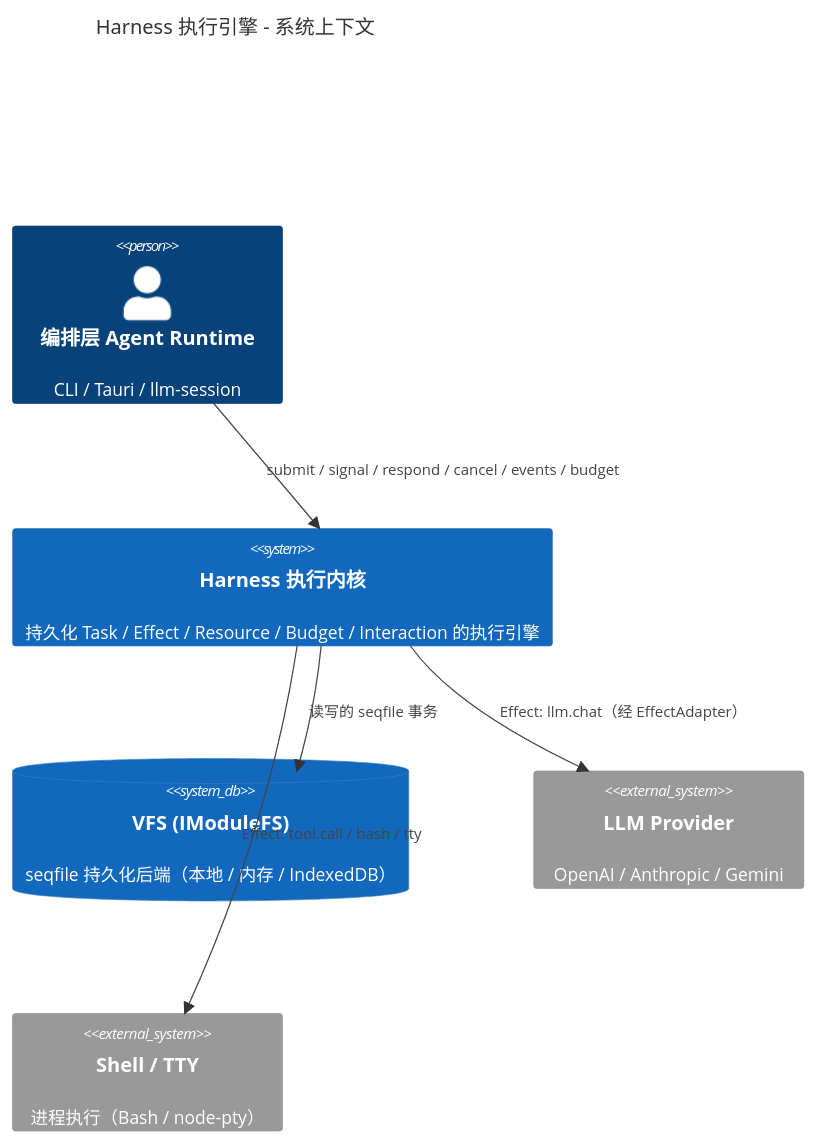
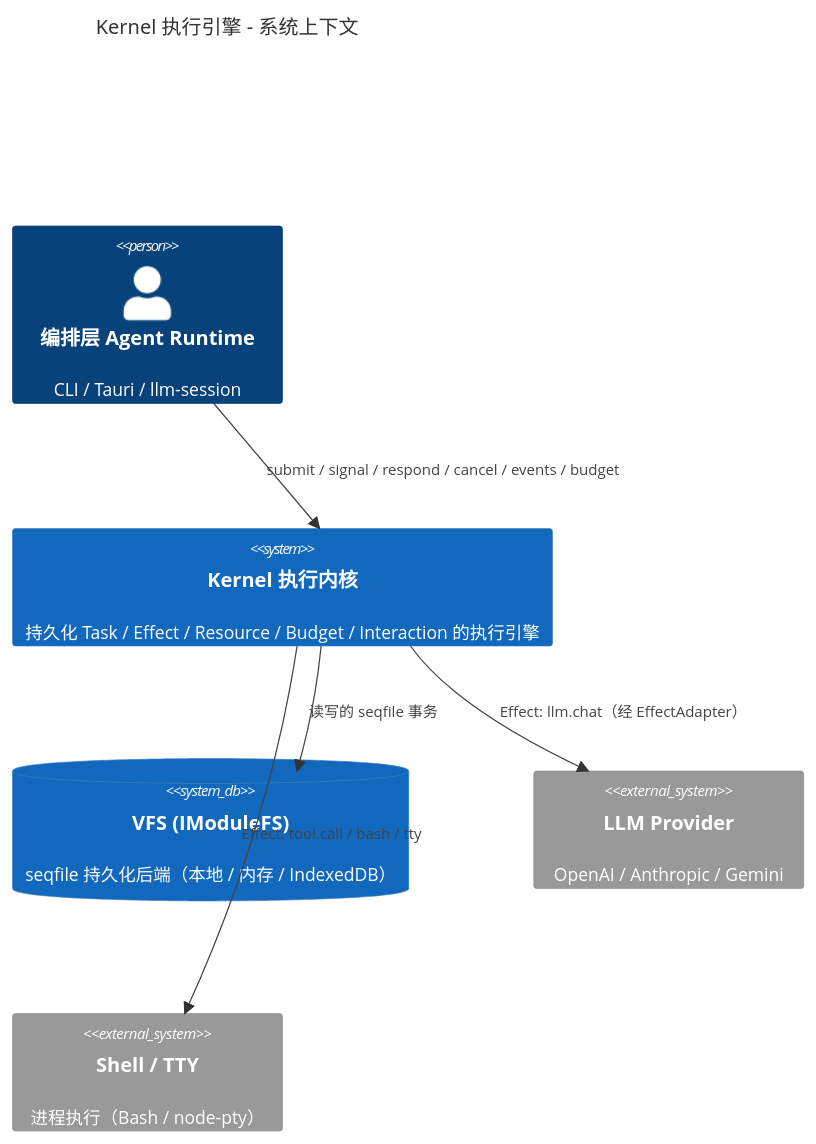
One commit to mushuanli/itookit changed the first of 6 diagrams in doc/feat/harness-review.md. Above: the diagram before and after it, drawn with Mermaid. The commit also changed other lines of this file and 474 other files, not shown here.

````diff
--- a/doc/feat/harness-review.md
+++ b/doc/feat/harness-review.md
@@ -36,13 +36,13 @@
 ```mermaid
 C4Context
-    title Harness 执行引擎 - 系统上下文
+    title Kernel 执行引擎 - 系统上下文
     Person(host, "编排层 Agent Runtime", "CLI / Tauri / llm-session")
-    System(harness, "Harness 执行内核", "持久化 Task / Effect / Resource / Budget / Interaction 的执行引擎")
+    System(kernel, "Kernel 执行内核", "持久化 Task / Effect / Resource / Budget / Interaction 的执行引擎")
     SystemDb(vfs, "VFS (IModuleFS)", "seqfile 持久化后端（本地 / 内存 / IndexedDB）")
     System_Ext(llm, "LLM Provider", "OpenAI / Anthropic / Gemini")
     System_Ext(shell, "Shell / TTY", "进程执行（Bash / node-pty）")
-    Rel(host, harness, "submit / signal / respond / cancel / events / budget")
-    Rel(harness, vfs, "读写的 seqfile 事务")
-    Rel(harness, llm, "Effect: llm.chat（经 EffectAdapter）")
-    Rel(harness, shell, "Effect: tool.call / bash / tty")
+    Rel(host, kernel, "submit / signal / respond / cancel / events / budget")
+    Rel(kernel, vfs, "读写的 seqfile 事务")
+    Rel(kernel, llm, "Effect: llm.chat（经 EffectAdapter）")
+    Rel(kernel, shell, "Effect: tool.call / bash / tty")
 ```
````
